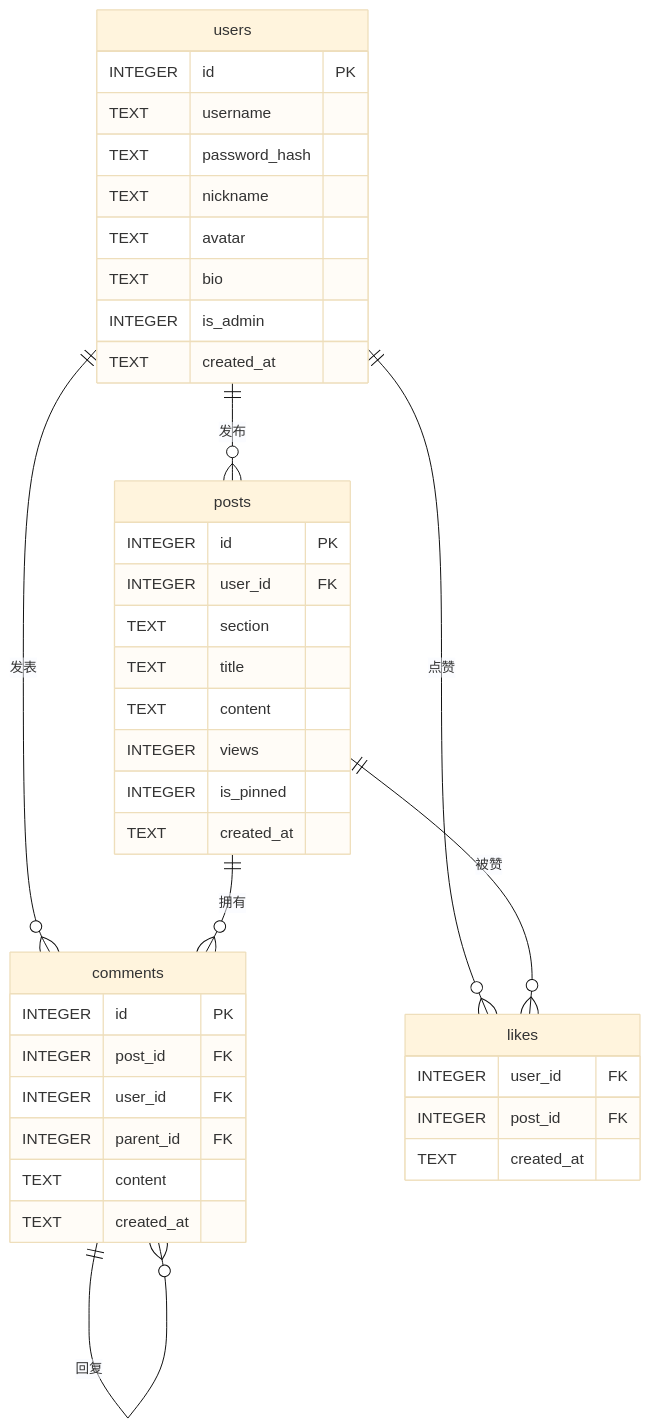
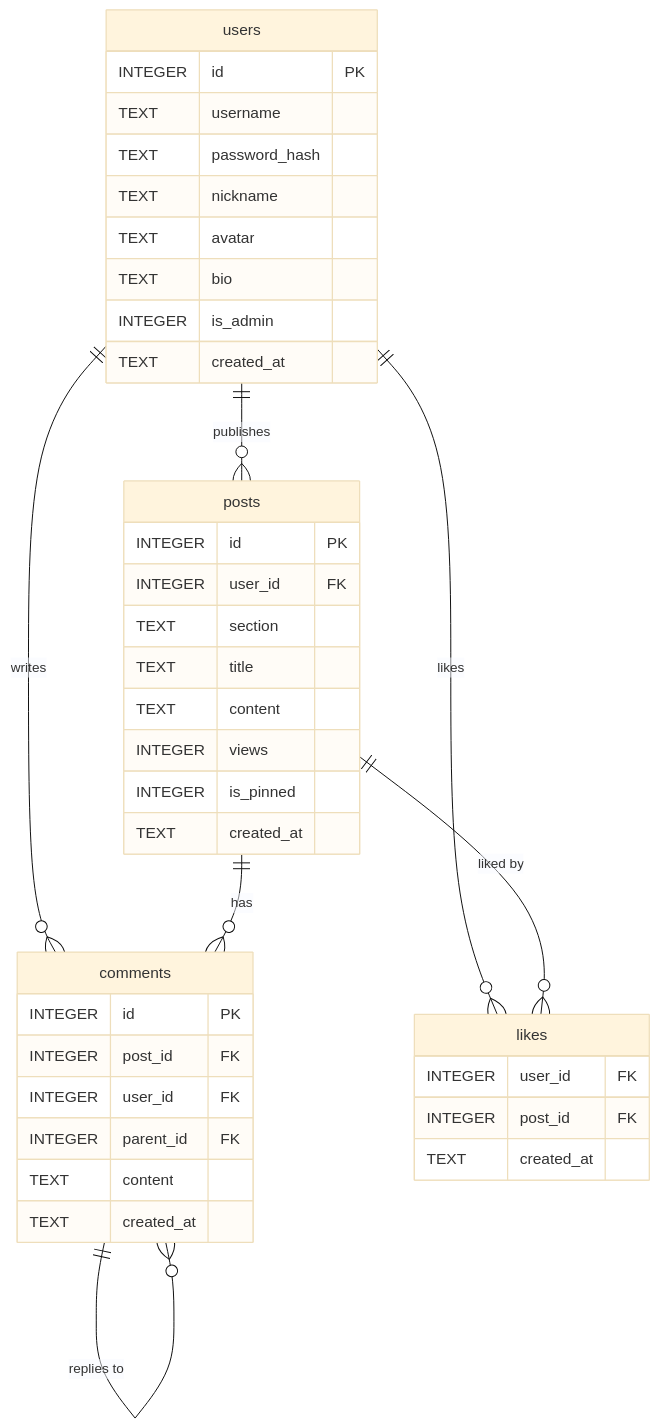
One commit to anjuxi/Campus changed the first of 2 diagrams in README.md. Above: the diagram before and after it, drawn with Mermaid (base theme). The commit also changed other lines of this file, not shown here.

````diff
--- a/README.md
+++ b/README.md
@@ -219,46 +219,46 @@
 ```mermaid
 erDiagram
-    users ||--o{ posts : "发布"
-    users ||--o{ comments : "发表"
-    users ||--o{ likes : "点赞"
-    posts ||--o{ comments : "拥有"
-    posts ||--o{ likes : "被赞"
-    comments ||--o{ comments : "回复"
+    users ||--o{ posts : "publishes"
+    users ||--o{ comments : "writes"
+    users ||--o{ likes : "likes"
+    posts ||--o{ comments : "has"
+    posts ||--o{ likes : "liked by"
+    comments ||--o{ comments : "replies to"
 
     users {
         INTEGER id PK
         TEXT username
         TEXT password_hash
         TEXT nickname
         TEXT avatar
         TEXT bio
         INTEGER is_admin
         TEXT created_at
     }
 
     posts {
         INTEGER id PK
         INTEGER user_id FK
         TEXT section
         TEXT title
         TEXT content
         INTEGER views
         INTEGER is_pinned
         TEXT created_at
     }
 
     comments {
         INTEGER id PK
         INTEGER post_id FK
         INTEGER user_id FK
         INTEGER parent_id FK
         TEXT content
         TEXT created_at
     }
 
     likes {
         INTEGER user_id FK
         INTEGER post_id FK
         TEXT created_at
     }
 ```
````
